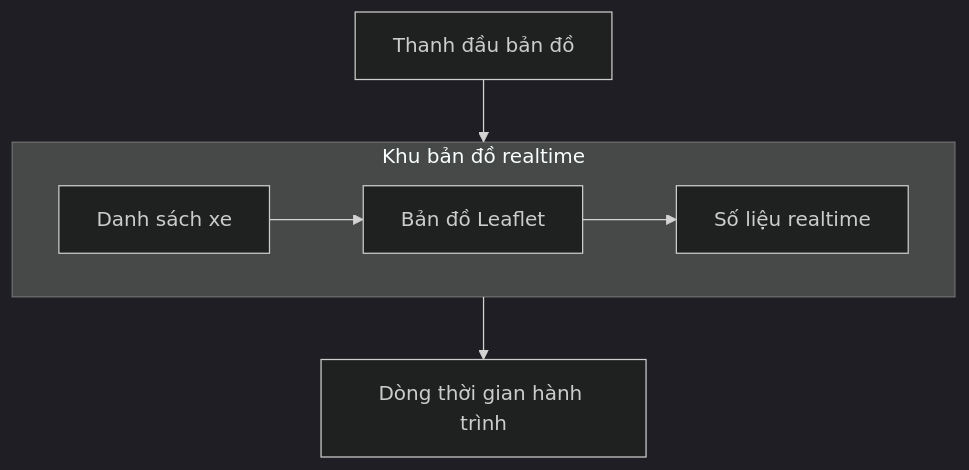
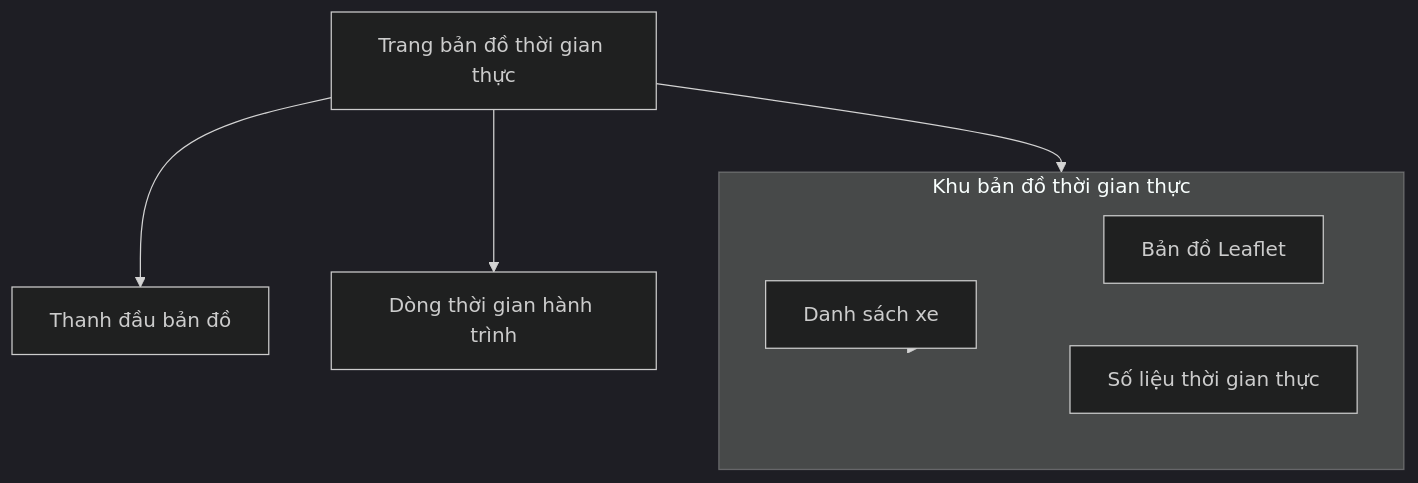
The diagram in resources/reports/thesis/final/assets/uml/06-chuong-3-giai-phap-frontend-hinh-3-20.mmd (anmh1205/IoT_Vehicle_Tracking_System), drawn with Mermaid (dark theme) before and after one commit. The commit also changed 770 other files, not shown here.

```diff
--- a/resources/reports/thesis/final/assets/uml/06-chuong-3-giai-phap-frontend-hinh-3-20.mmd
+++ b/resources/reports/thesis/final/assets/uml/06-chuong-3-giai-phap-frontend-hinh-3-20.mmd
@@ -1,16 +1,19 @@
 flowchart TB
+    Screen["Trang bản đồ thời gian thực"]
     Header["Thanh đầu bản đồ"]
 
-    subgraph LiveMap["Khu bản đồ realtime"]
+    subgraph LiveMap["Khu bản đồ thời gian thực"]
         direction LR
         Fleet["Danh sách xe"]
         MapPanel["Bản đồ Leaflet"]
-        Stats["Số liệu realtime"]
+        Stats["Số liệu thời gian thực"]
     end
 
     Timeline["Dòng thời gian hành trình"]
 
-    Header --> Fleet
-    Fleet --> MapPanel
-    MapPanel --> Stats
-    MapPanel --> Timeline
+    Screen --> Header
+    Screen --> LiveMap
+    LiveMap --> Fleet
+    LiveMap --> MapPanel
+    LiveMap --> Stats
+    Screen --> Timeline
```
